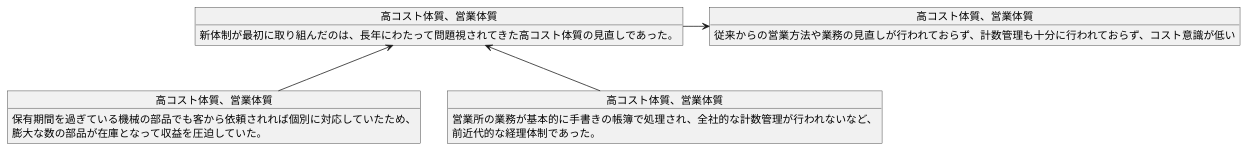
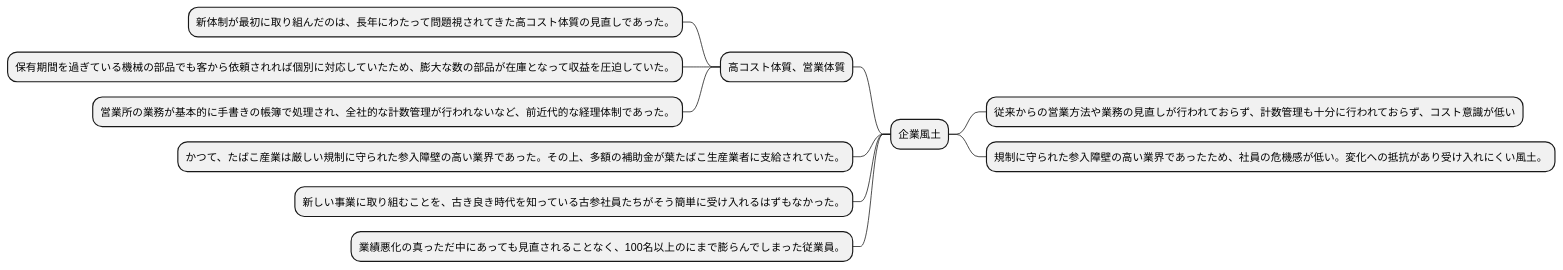
One commit to k2works/case-study-business-analysis changed the second of 5 diagrams in docs/case/study/R01/r01_case_1_study_0.adoc. Above: the diagram before and after it, drawn with PlantUML. The commit also changed other lines of this file, not shown here.

```diff
--- a/docs/case/study/R01/r01_case_1_study_0.adoc
+++ b/docs/case/study/R01/r01_case_1_study_0.adoc
@@ -135,22 +88,17 @@
 [plantuml]
 ----
-@startuml
-object "高コスト体質、営業体質" as A_1 {
-新体制が最初に取り組んだのは、長年にわたって問題視されてきた高コスト体質の見直しであった。
-}
-object "高コスト体質、営業体質" as A_2 {
-保有期間を過ぎている機械の部品でも客から依頼されれば個別に対応していたため、
-膨大な数の部品が在庫となって収益を圧迫していた。
-}
-object "高コスト体質、営業体質" as A_3 {
-営業所の業務が基本的に手書きの帳簿で処理され、全社的な計数管理が行われないなど、
-前近代的な経理体制であった。
-}
-object "高コスト体質、営業体質" as A_4 {
-従来からの営業方法や業務の見直しが行われておらず、計数管理も十分に行われておらず、コスト意識が低い
-}
-A_1 <-- A_2
-A_1 <-- A_3
-A_1 -> A_4
-@enduml
+@startmindmap
+
+* 企業風土
+** 従来からの営業方法や業務の見直しが行われておらず、計数管理も十分に行われておらず、コスト意識が低い
+** 規制に守られた参入障壁の高い業界であったため、社員の危機感が低い。変化への抵抗があり受け入れにくい風土。
+-- 高コスト体質、営業体質
+--- 新体制が最初に取り組んだのは、長年にわたって問題視されてきた高コスト体質の見直しであった。
+--- 保有期間を過ぎている機械の部品でも客から依頼されれば個別に対応していたため、膨大な数の部品が在庫となって収益を圧迫していた。
+--- 営業所の業務が基本的に手書きの帳簿で処理され、全社的な計数管理が行われないなど、前近代的な経理体制であった。
+-- かつて、たばこ産業は厳しい規制に守られた参入障壁の高い業界であった。その上、多額の補助金が葉たばこ生産業者に支給されていた。
+-- 新しい事業に取り組むことを、古き良き時代を知っている古参社員たちがそう簡単に受け入れるはずもなかった。
+-- 業績悪化の真っただ中にあっても見直されることなく、100名以上のにまで膨らんでしまった従業員。
+
+@endmindmap
 ----
```
